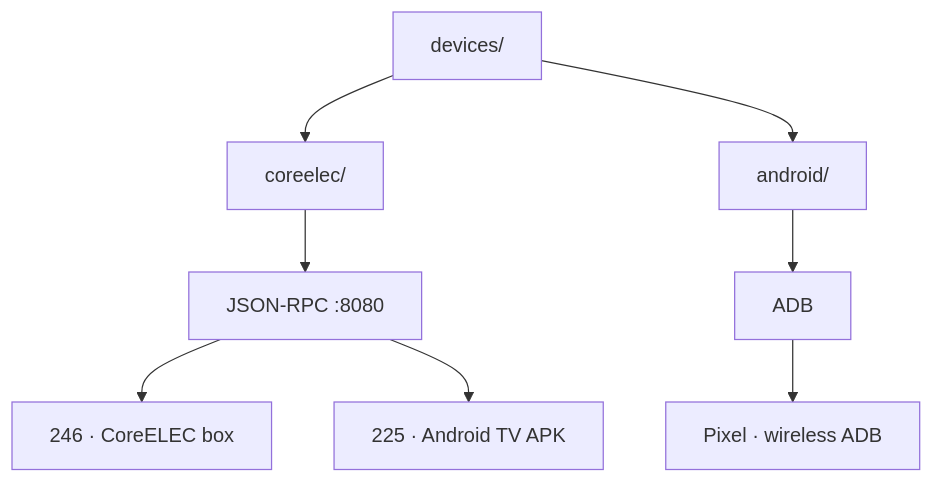
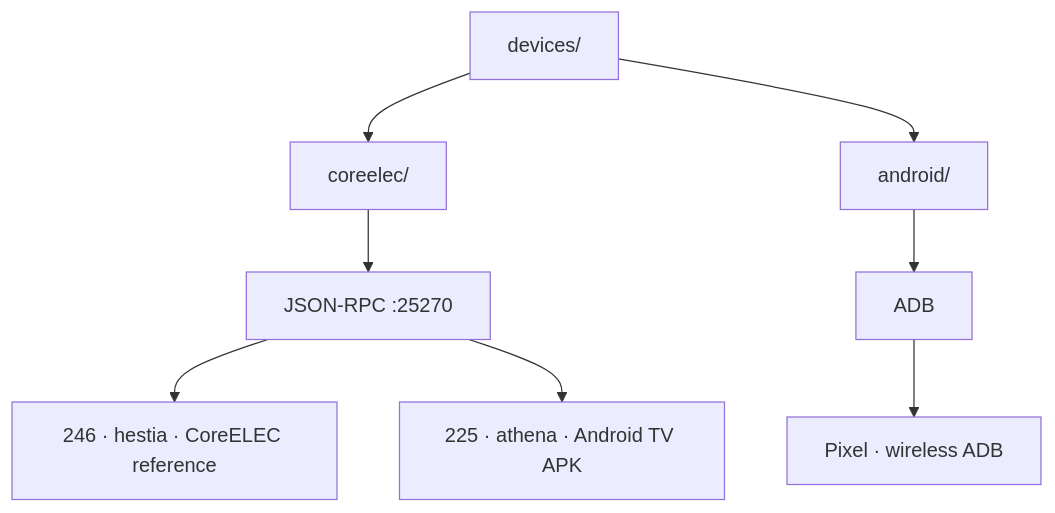
The diagram in devices/README.md (toxicwind/estate), drawn with Mermaid before and after one commit. The commit also changed other lines of this file and 474 other files, not shown here.

First line of the commit message:
hestia: name CoreELEC 246, rename lasso fork to eternal, TDD coverage gate

````diff
--- a/devices/README.md
+++ b/devices/README.md
@@ -18,10 +18,10 @@
 ```mermaid
 flowchart TD
     D[devices/] --> K[coreelec/]
     D --> A[android/]
-    K --> KR[JSON-RPC :8080]
+    K --> KR[JSON-RPC :25270]
     A --> AA[ADB]
-    KR --> B246[246 · CoreELEC box]
-    KR --> B225[225 · Android TV APK]
+    KR --> B246[246 · hestia · CoreELEC reference]
+    KR --> B225[225 · athena · Android TV APK]
     AA --> PXL[Pixel · wireless ADB]
 ```
````
